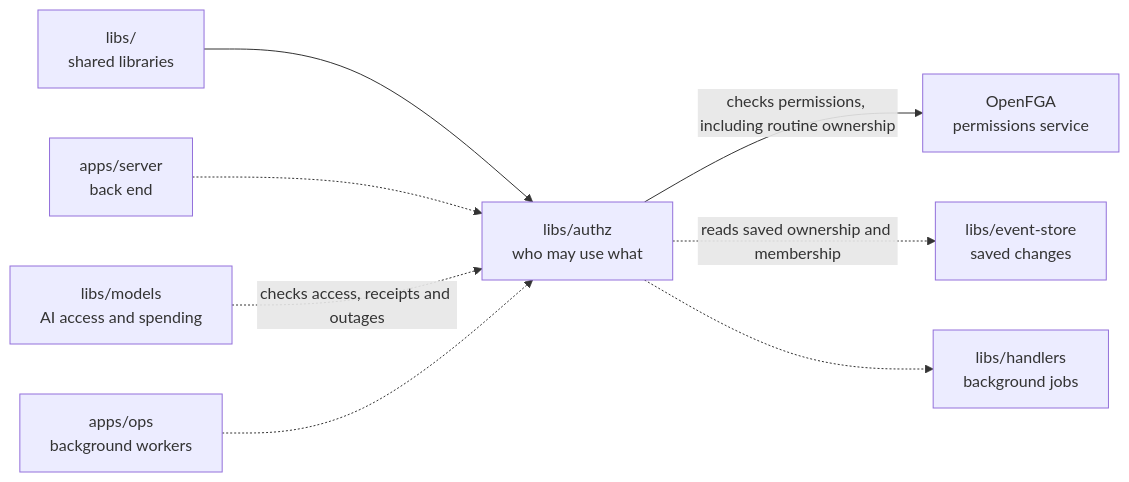
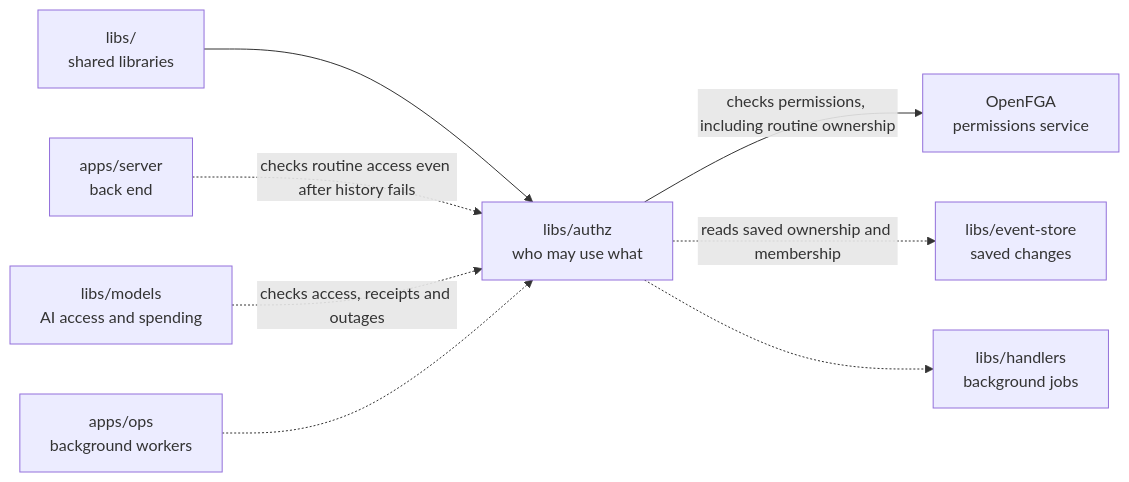
The diagram in libs/authz/README.md (elewa-git/opencrane-new), drawn with Mermaid before and after one commit. The commit also changed other lines of this file and 6 other files, not shown here.

Commit message:
🔒 Check routine read permission before reporting history failures

````diff
--- a/libs/authz/README.md
+++ b/libs/authz/README.md
@@ -20,10 +20,10 @@
 ```mermaid
 flowchart LR
   parent["libs/<br/>shared libraries"] --> authz["libs/authz<br/>who may use what"]
-  server["apps/server<br/>back end"] -.-> authz
+  server["apps/server<br/>back end"] -.->|checks routine access even after history fails| authz
   models["libs/models<br/>AI access and spending"] -.->|checks access, receipts and outages| authz
   ops["apps/ops<br/>background workers"] -.-> authz
   authz -->|checks permissions, including routine ownership| fga["OpenFGA<br/>permissions service"]
   authz -.->|reads saved ownership and membership| store["libs/event-store<br/>saved changes"]
   authz -.-> handlers["libs/handlers<br/>background jobs"]
 ```
````
